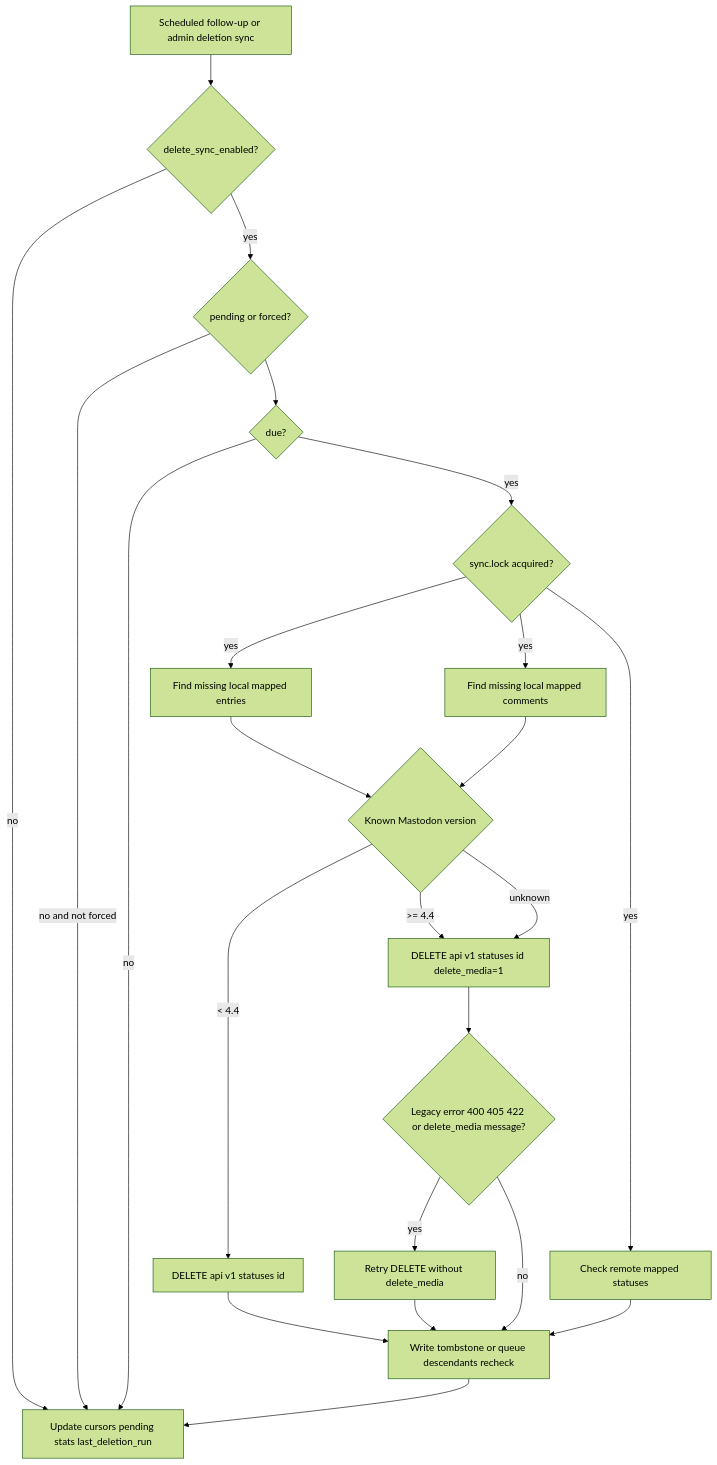
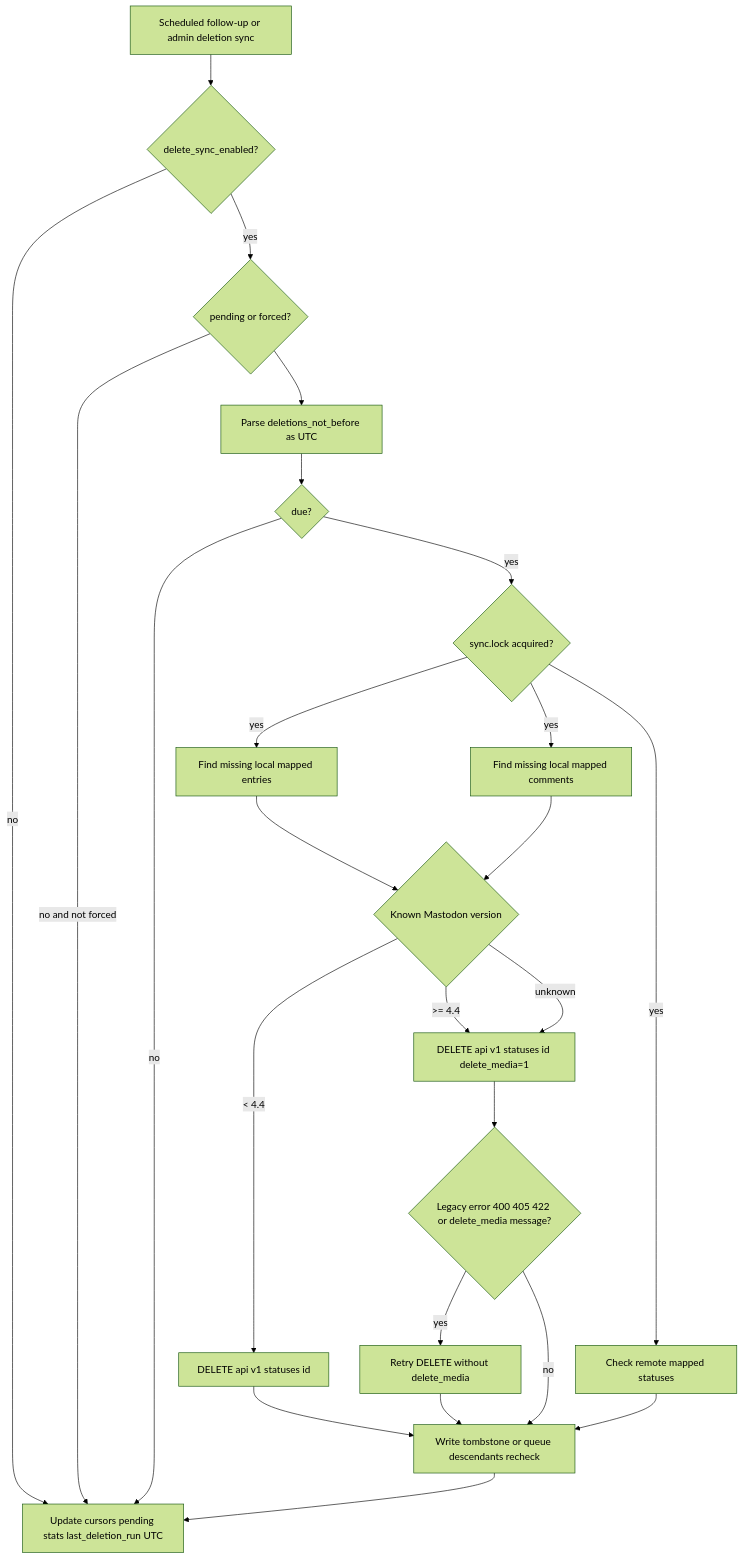
Before and after one commit to flatpressblog/flatpress: the fifth of 7 diagrams in fp-plugins/mastodon/developer-docs/01-Process-Map.md, drawn with Mermaid (forest theme). The commit also changed other lines of this file and 6 other files, not shown here.

````diff
--- a/fp-plugins/mastodon/developer-docs/01-Process-Map.md
+++ b/fp-plugins/mastodon/developer-docs/01-Process-Map.md
@@ -172,38 +173,39 @@
 ```mermaid
 flowchart TD
     Start[Scheduled follow-up or admin deletion sync]
     Enabled{delete_sync_enabled?}
     Pending{pending or forced?}
+    UtcCooldown[Parse deletions_not_before as UTC]
     Due{due?}
     Lock{sync.lock acquired?}
     Entries[Find missing local mapped entries]
     Comments[Find missing local mapped comments]
     RemoteMissing[Check remote mapped statuses]
     Version{Known Mastodon version}
     Old[DELETE api v1 statuses id]
     New[DELETE api v1 statuses id delete_media=1]
     Retry{Legacy error 400 405 422 or delete_media message?}
     RetryOld[Retry DELETE without delete_media]
     Tombstone[Write tombstone or queue descendants recheck]
-    State[Update cursors pending stats last_deletion_run]
+    State[Update cursors pending stats last_deletion_run UTC]
 
     Start --> Enabled
     Enabled -- no --> State
     Enabled -- yes --> Pending
     Pending -- no and not forced --> State
-    Pending --> Due
+    Pending --> UtcCooldown --> Due
     Due -- no --> State
     Due -- yes --> Lock
     Lock -- yes --> Entries --> Version
     Lock -- yes --> Comments --> Version
     Lock -- yes --> RemoteMissing --> Tombstone
     Version -- < 4.4 --> Old
     Version -- >= 4.4 --> New
     Version -- unknown --> New
     New --> Retry
     Retry -- yes --> RetryOld
     Retry -- no --> Tombstone
     Old --> Tombstone
     RetryOld --> Tombstone
     Tombstone --> State
 ```
````
